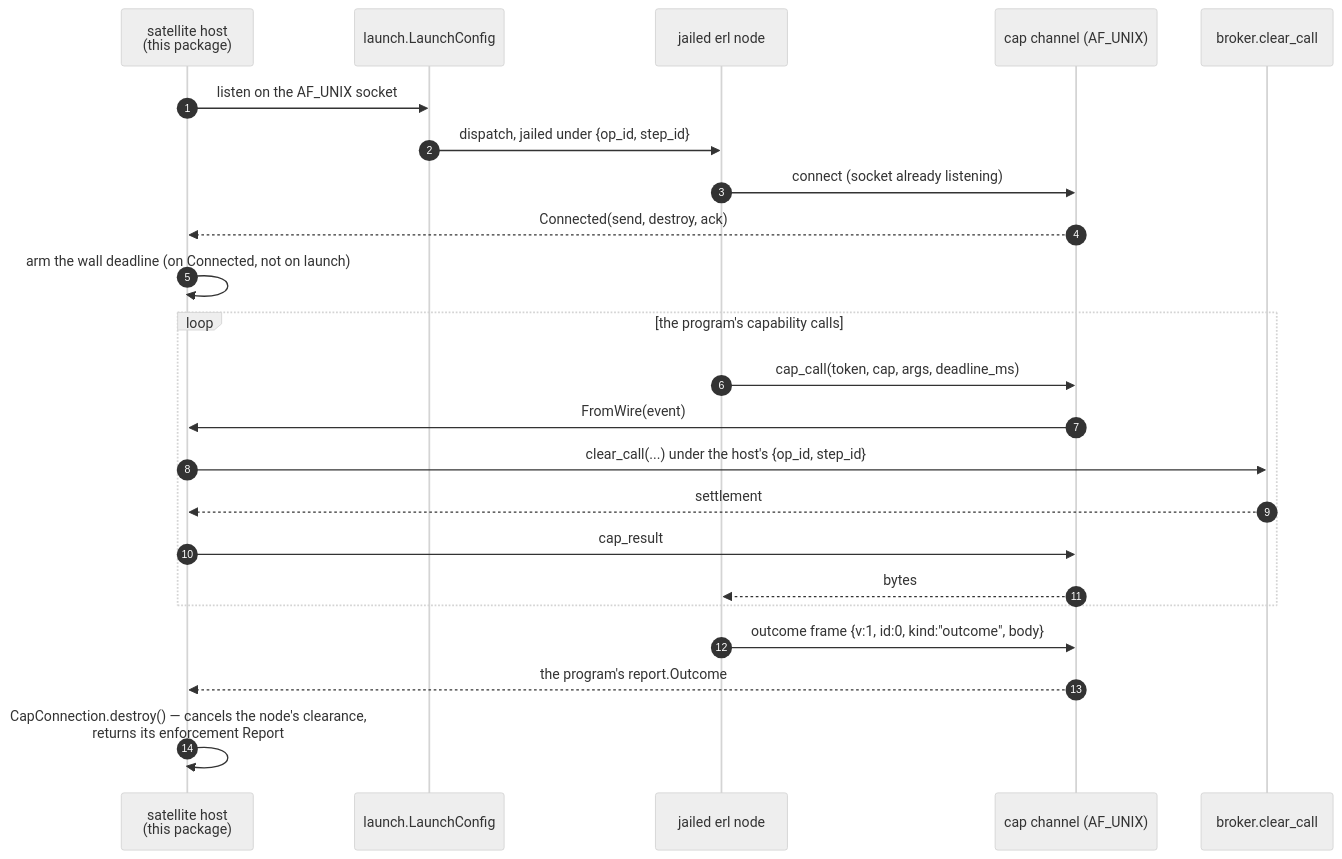
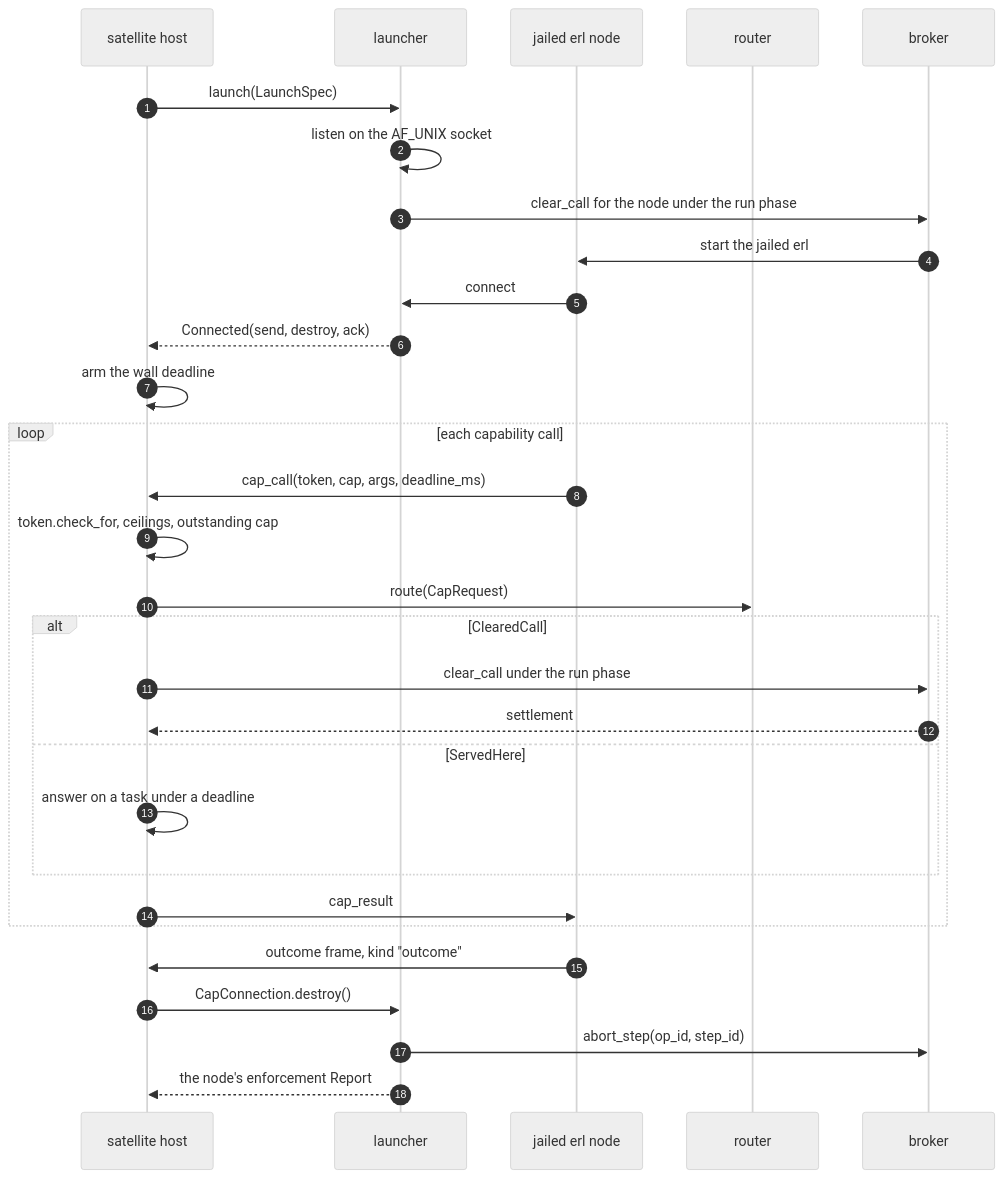
Before and after one commit to Roasbeef/loom: the third of 3 diagrams in packages/codemode/README.md, drawn with Mermaid (neutral theme). The commit also changed other lines of this file, not shown here.

````diff
--- a/packages/codemode/README.md
+++ b/packages/codemode/README.md
@@ -95,26 +137,33 @@
 ```mermaid
 sequenceDiagram
     autonumber
-    participant Host as satellite host<br/>(this package)
-    participant L as launch.LaunchConfig
+    participant Host as satellite host
+    participant L as launcher
     participant Node as jailed erl node
-    participant Cap as cap channel (AF_UNIX)
-    participant B as broker.clear_call
+    participant R as router
+    participant B as broker
 
-    Host->>L: listen on the AF_UNIX socket
-    L->>Node: dispatch, jailed under {op_id, step_id}
-    Node->>Cap: connect (socket already listening)
-    Cap-->>Host: Connected(send, destroy, ack)
-    Host->>Host: arm the wall deadline (on Connected, not on launch)
-    loop the program's capability calls
-        Node->>Cap: cap_call(token, cap, args, deadline_ms)
-        Cap->>Host: FromWire(event)
-        Host->>B: clear_call(...) under the host's {op_id, step_id}
-        B-->>Host: settlement
-        Host->>Cap: cap_result
-        Cap-->>Node: bytes
+    Host->>L: launch(LaunchSpec)
+    L->>L: listen on the AF_UNIX socket
+    L->>B: clear_call for the node under the run phase
+    B->>Node: start the jailed erl
+    Node->>L: connect
+    L-->>Host: Connected(send, destroy, ack)
+    Host->>Host: arm the wall deadline
+    loop each capability call
+        Node->>Host: cap_call(token, cap, args, deadline_ms)
+        Host->>Host: token.check_for, ceilings, outstanding cap
+        Host->>R: route(CapRequest)
+        alt ClearedCall
+            Host->>B: clear_call under the run phase
+            B-->>Host: settlement
+        else ServedHere
+            Host->>Host: answer on a task under a deadline
+        end
+        Host->>Node: cap_result
     end
-    Node->>Cap: outcome frame {v:1, id:0, kind:"outcome", body}
-    Cap-->>Host: the program's report.Outcome
-    Host->>Host: CapConnection.destroy() — cancels the node's clearance,<br/>returns its enforcement Report
+    Node->>Host: outcome frame, kind "outcome"
+    Host->>L: CapConnection.destroy()
+    L->>B: abort_step(op_id, step_id)
+    L-->>Host: the node's enforcement Report
 ```
````
